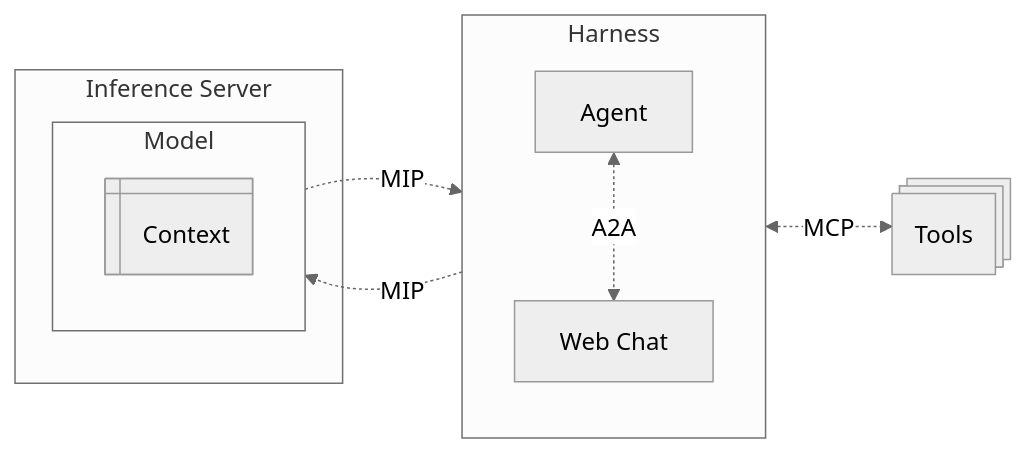
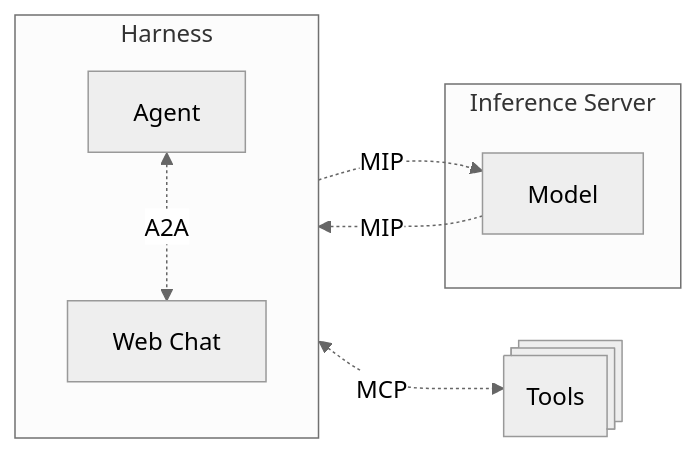
The first of 2 diagrams in Slides/Slides.md (mcgheee/AI_02H), drawn with Mermaid (neutral theme) before and after one commit. The commit also changed 2 other files, not shown here.

Commit message:
Fixed mermaid rendering

````diff
--- a/Slides/Slides.md
+++ b/Slides/Slides.md
@@ -46,19 +46,16 @@
 ```mermaid
 flowchart LR
   subgraph harness["Harness"]
     direction TD
     agent["Agent"]
     web["Web Chat"]
   end
   tools@{ shape: st-rect, label: Tools}
   subgraph inference["Inference Server"]
-    subgraph model["Model"]
-      contex@{ shape: win-pane, label: "Context" }
-    end
+    model["Model"]
   end
-
   agent <-. A2A .-> web
   harness <-. MCP .-> tools
   harness -. MIP .-> model
   model -. MIP .-> harness
 ```
````
